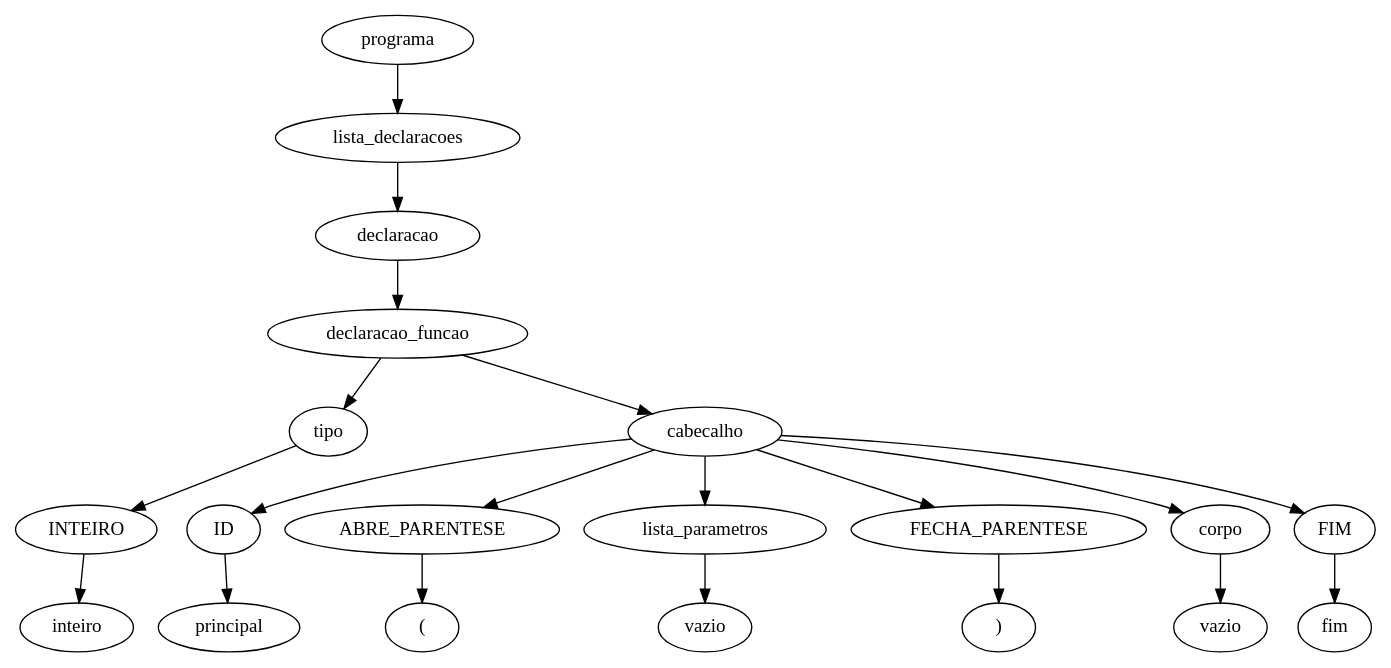
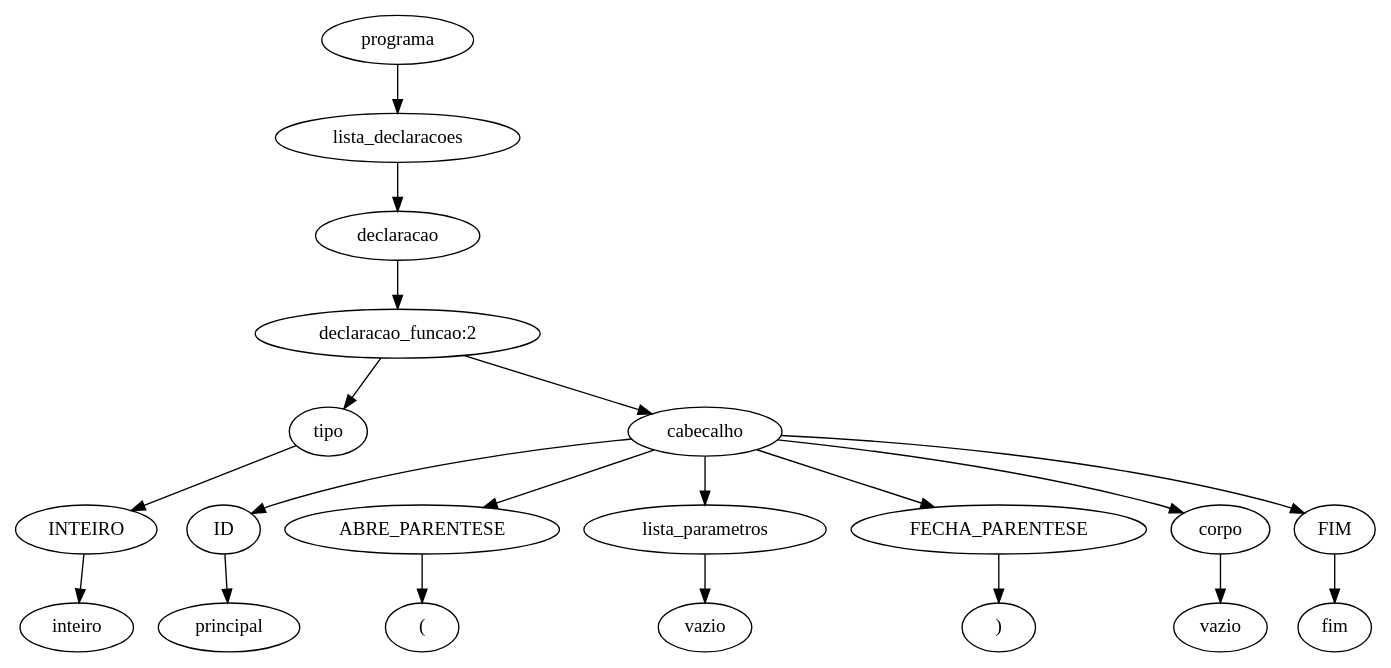
One commit to JuanFSR/Compiladores changed the diagram in 7.AnaliseSemantica/BCC__BCC36B__P[3]__JuanRangel__2046385/implementacao/sintatica-testes/erro-003.tpp.unique.ast.dot. Above: the diagram before and after it, drawn with Graphviz. The commit also changed 90 other files, not shown here.

```diff
--- a/7.AnaliseSemantica/BCC__BCC36B__P[3]__JuanRangel__2046385/implementacao/sintatica-testes/erro-003.tpp.unique.ast.dot
+++ b/7.AnaliseSemantica/BCC__BCC36B__P[3]__JuanRangel__2046385/implementacao/sintatica-testes/erro-003.tpp.unique.ast.dot
@@ -1,41 +1,41 @@
 digraph tree {
-    "0x7efd80e97760" [label="programa"];
-    "0x7efd80da2ca0" [label="lista_declaracoes"];
-    "0x7efd80e97580" [label="declaracao"];
-    "0x7efd80ea6910" [label="declaracao_funcao"];
-    "0x7efd80fbcc70" [label="tipo"];
-    "0x7efd80fbcd90" [label="INTEIRO"];
-    "0x7efd80da27f0" [label="inteiro"];
-    "0x7efd80da2760" [label="cabecalho"];
-    "0x7efd80da2b20" [label="ID"];
-    "0x7efd80da2af0" [label="principal"];
-    "0x7efd80da2b50" [label="ABRE_PARENTESE"];
-    "0x7efd80da2b80" [label="("];
-    "0x7efd80da2790" [label="lista_parametros"];
-    "0x7efd80eb6490" [label="vazio"];
-    "0x7efd80da2bb0" [label="FECHA_PARENTESE"];
-    "0x7efd80da2be0" [label=")"];
-    "0x7efd80da28e0" [label="corpo"];
-    "0x7efd80da2820" [label="vazio"];
-    "0x7efd80da2c10" [label="FIM"];
-    "0x7efd80da2c40" [label="fim"];
-    "0x7efd80e97760" -> "0x7efd80da2ca0";
-    "0x7efd80da2ca0" -> "0x7efd80e97580";
-    "0x7efd80e97580" -> "0x7efd80ea6910";
-    "0x7efd80ea6910" -> "0x7efd80fbcc70";
-    "0x7efd80ea6910" -> "0x7efd80da2760";
-    "0x7efd80fbcc70" -> "0x7efd80fbcd90";
-    "0x7efd80fbcd90" -> "0x7efd80da27f0";
-    "0x7efd80da2760" -> "0x7efd80da2b20";
-    "0x7efd80da2760" -> "0x7efd80da2b50";
-    "0x7efd80da2760" -> "0x7efd80da2790";
-    "0x7efd80da2760" -> "0x7efd80da2bb0";
-    "0x7efd80da2760" -> "0x7efd80da28e0";
-    "0x7efd80da2760" -> "0x7efd80da2c10";
-    "0x7efd80da2b20" -> "0x7efd80da2af0";
-    "0x7efd80da2b50" -> "0x7efd80da2b80";
-    "0x7efd80da2790" -> "0x7efd80eb6490";
-    "0x7efd80da2bb0" -> "0x7efd80da2be0";
-    "0x7efd80da28e0" -> "0x7efd80da2820";
-    "0x7efd80da2c10" -> "0x7efd80da2c40";
+    "0x7f48988a6580" [label="programa"];
+    "0x7f48985ea6d0" [label="lista_declaracoes"];
+    "0x7f48986f3eb0" [label="declaracao"];
+    "0x7f48986db1c0" [label="declaracao_funcao:2"];
+    "0x7f48986f33a0" [label="tipo"];
+    "0x7f48985ea220" [label="INTEIRO"];
+    "0x7f48985ea370" [label="inteiro"];
+    "0x7f48985ea340" [label="cabecalho"];
+    "0x7f48985ea4f0" [label="ID"];
+    "0x7f48985ea550" [label="principal"];
+    "0x7f48985ea580" [label="ABRE_PARENTESE"];
+    "0x7f48985ea5b0" [label="("];
+    "0x7f48985ea430" [label="lista_parametros"];
+    "0x7f489870ec40" [label="vazio"];
+    "0x7f48985ea5e0" [label="FECHA_PARENTESE"];
+    "0x7f48985ea610" [label=")"];
+    "0x7f48985ea2b0" [label="corpo"];
+    "0x7f48985ea1f0" [label="vazio"];
+    "0x7f48985ea640" [label="FIM"];
+    "0x7f48985ea670" [label="fim"];
+    "0x7f48988a6580" -> "0x7f48985ea6d0";
+    "0x7f48985ea6d0" -> "0x7f48986f3eb0";
+    "0x7f48986f3eb0" -> "0x7f48986db1c0";
+    "0x7f48986db1c0" -> "0x7f48986f33a0";
+    "0x7f48986db1c0" -> "0x7f48985ea340";
+    "0x7f48986f33a0" -> "0x7f48985ea220";
+    "0x7f48985ea220" -> "0x7f48985ea370";
+    "0x7f48985ea340" -> "0x7f48985ea4f0";
+    "0x7f48985ea340" -> "0x7f48985ea580";
+    "0x7f48985ea340" -> "0x7f48985ea430";
+    "0x7f48985ea340" -> "0x7f48985ea5e0";
+    "0x7f48985ea340" -> "0x7f48985ea2b0";
+    "0x7f48985ea340" -> "0x7f48985ea640";
+    "0x7f48985ea4f0" -> "0x7f48985ea550";
+    "0x7f48985ea580" -> "0x7f48985ea5b0";
+    "0x7f48985ea430" -> "0x7f489870ec40";
+    "0x7f48985ea5e0" -> "0x7f48985ea610";
+    "0x7f48985ea2b0" -> "0x7f48985ea1f0";
+    "0x7f48985ea640" -> "0x7f48985ea670";
 }
```
